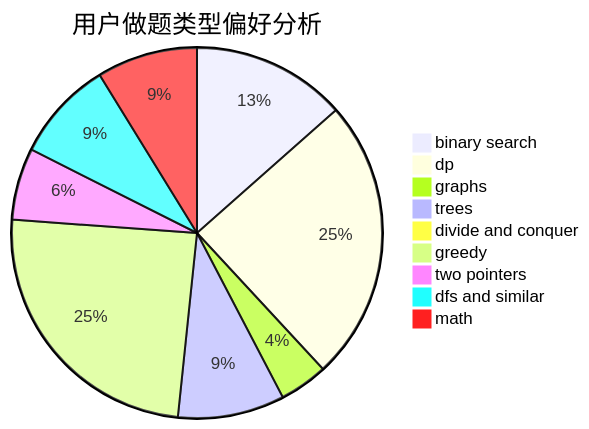
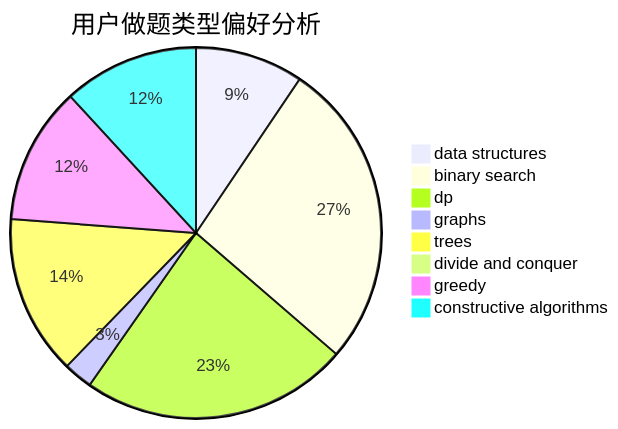
Before and after one commit to sherpahu/cfrs.github.io: the second of 3 diagrams in docs/user/u2558.md, drawn with Mermaid. The commit also changed other lines of this file and 2775 other files, not shown here.

````diff
--- a/docs/user/u2558.md
+++ b/docs/user/u2558.md
@@ -23,12 +23,11 @@
 ```mermaid
 pie title 用户做题类型偏好分析
-    "binary search" :  204
-    "dp" :  373
-    "graphs" :  64
-    "trees" :  141
+    "data structures" :  67
+    "binary search" :  191
+    "dp" :  166
+    "graphs" :  18
+    "trees" :  99
     "divide and conquer" :  0
-    "greedy" :  371
-    "two pointers" :  95
-    "dfs and similar" :  133
-    "math" :  133
+    "greedy" :  85
+    "constructive algorithms" :  84
 ```
````
